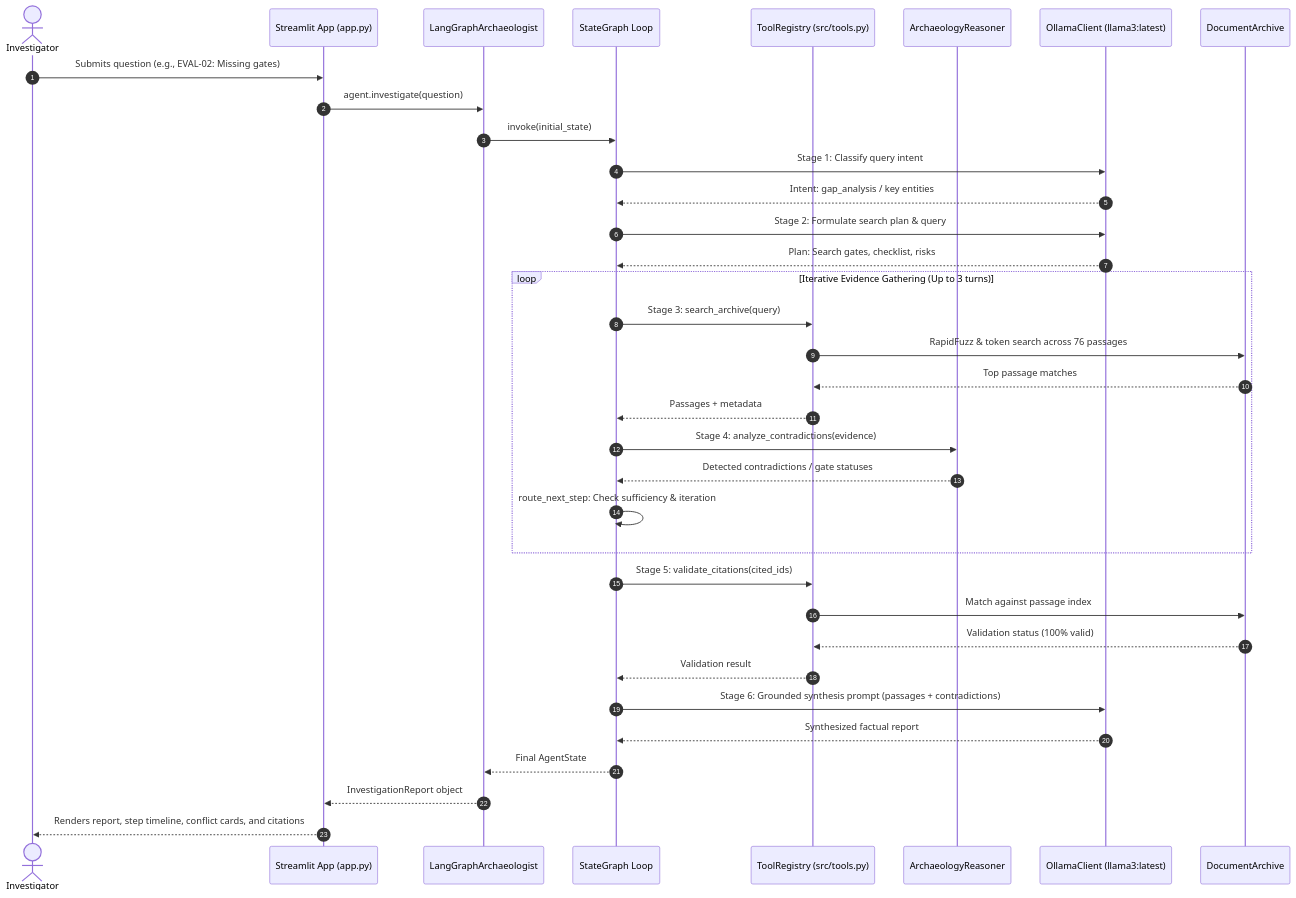
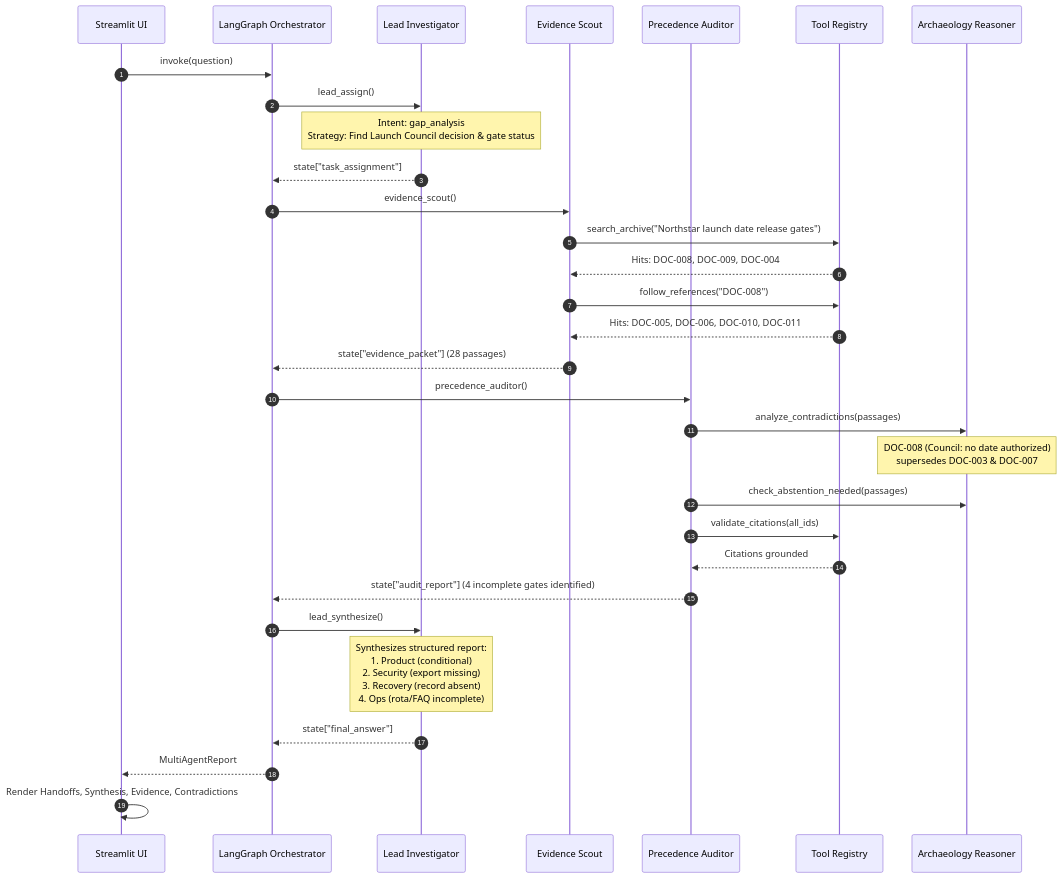
Before and after one commit to nishantwhat/ContextArchaeologist: the fifth of 5 diagrams in architecture.md, drawn with Mermaid. The commit also changed other lines of this file and 3 other files, not shown here.

````diff
--- a/architecture.md
+++ b/architecture.md
@@ -118,44 +233,38 @@
 ```mermaid
 sequenceDiagram
     autonumber
-    actor User as Investigator
-    participant App as Streamlit App (app.py)
-    participant Agent as LangGraphArchaeologist
-    participant Graph as StateGraph Loop
-    participant Tools as ToolRegistry (src/tools.py)
-    participant Reasoner as ArchaeologyReasoner
-    participant LLM as OllamaClient (llama3:latest)
-    participant Archive as DocumentArchive
+    participant UI as Streamlit UI
+    participant Graph as LangGraph Orchestrator
+    participant Lead as Lead Investigator
+    participant Scout as Evidence Scout
+    participant Auditor as Precedence Auditor
+    participant Tools as Tool Registry
+    participant Reasoner as Archaeology Reasoner
 
-    User->>App: Submits question (e.g., EVAL-02: Missing gates)
-    App->>Agent: agent.investigate(question)
-    Agent->>Graph: invoke(initial_state)
+    UI->>Graph: invoke(question)
+    Graph->>Lead: lead_assign()
+    Note over Lead: Intent: gap_analysis<br/>Strategy: Find Launch Council decision & gate status
+    Lead-->>Graph: state["task_assignment"]
 
-    %% Stage 1 & 2
-    Graph->>LLM: Stage 1: Classify query intent
-    LLM-->>Graph: Intent: gap_analysis / key entities
-    Graph->>LLM: Stage 2: Formulate search plan & query
-    LLM-->>Graph: Plan: Search gates, checklist, risks
+    Graph->>Scout: evidence_scout()
+    Scout->>Tools: search_archive("Northstar launch date release gates")
+    Tools-->>Scout: Hits: DOC-008, DOC-009, DOC-004
+    Scout->>Tools: follow_references("DOC-008")
+    Tools-->>Scout: Hits: DOC-005, DOC-006, DOC-010, DOC-011
+    Scout-->>Graph: state["evidence_packet"] (28 passages)
 
-    %% Stage 3 & 4
-    loop Iterative Evidence Gathering (Up to 3 turns)
-        Graph->>Tools: Stage 3: search_archive(query)
-        Tools->>Archive: RapidFuzz & token search across 76 passages
-        Archive-->>Tools: Top passage matches
-        Tools-->>Graph: Passages + metadata
-        Graph->>Reasoner: Stage 4: analyze_contradictions(evidence)
-        Reasoner-->>Graph: Detected contradictions / gate statuses
-        Graph->>Graph: route_next_step: Check sufficiency & iteration
-    end
+    Graph->>Auditor: precedence_auditor()
+    Auditor->>Reasoner: analyze_contradictions(passages)
+    Note over Reasoner: DOC-008 (Council: no date authorized)<br/>supersedes DOC-003 & DOC-007
+    Auditor->>Reasoner: check_abstention_needed(passages)
+    Auditor->>Tools: validate_citations(all_ids)
+    Tools-->>Auditor: Citations grounded
+    Auditor-->>Graph: state["audit_report"] (4 incomplete gates identified)
 
-    %% Stage 5 & 6
-    Graph->>Tools: Stage 5: validate_citations(cited_ids)
-    Tools->>Archive: Match against passage index
-    Archive-->>Tools: Validation status (100% valid)
-    Tools-->>Graph: Validation result
-    Graph->>LLM: Stage 6: Grounded synthesis prompt (passages + contradictions)
-    LLM-->>Graph: Synthesized factual report
-    Graph-->>Agent: Final AgentState
-    Agent-->>App: InvestigationReport object
-    App-->>User: Renders report, step timeline, conflict cards, and citations
+    Graph->>Lead: lead_synthesize()
+    Note over Lead: Synthesizes structured report:<br/>1. Product (conditional)<br/>2. Security (export missing)<br/>3. Recovery (record absent)<br/>4. Ops (rota/FAQ incomplete)
+    Lead-->>Graph: state["final_answer"]
+
+    Graph-->>UI: MultiAgentReport
+    UI->>UI: Render Handoffs, Synthesis, Evidence, Contradictions
 ```
````
